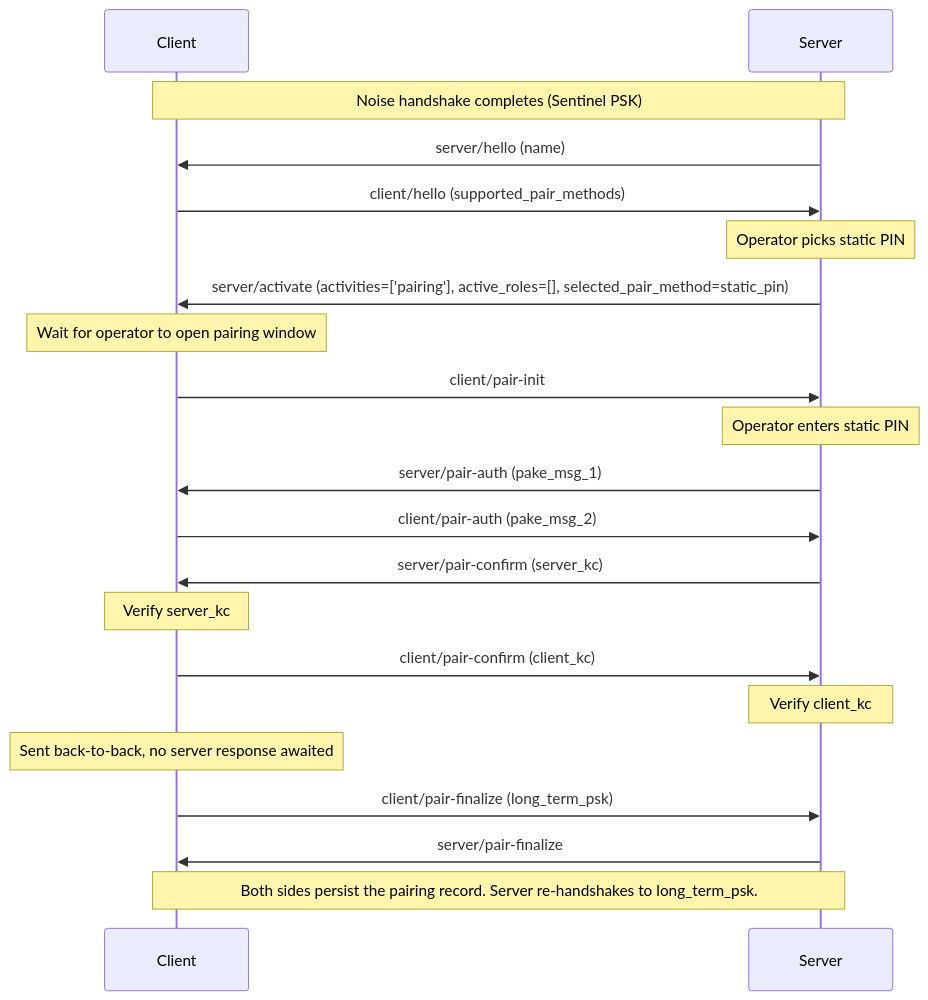
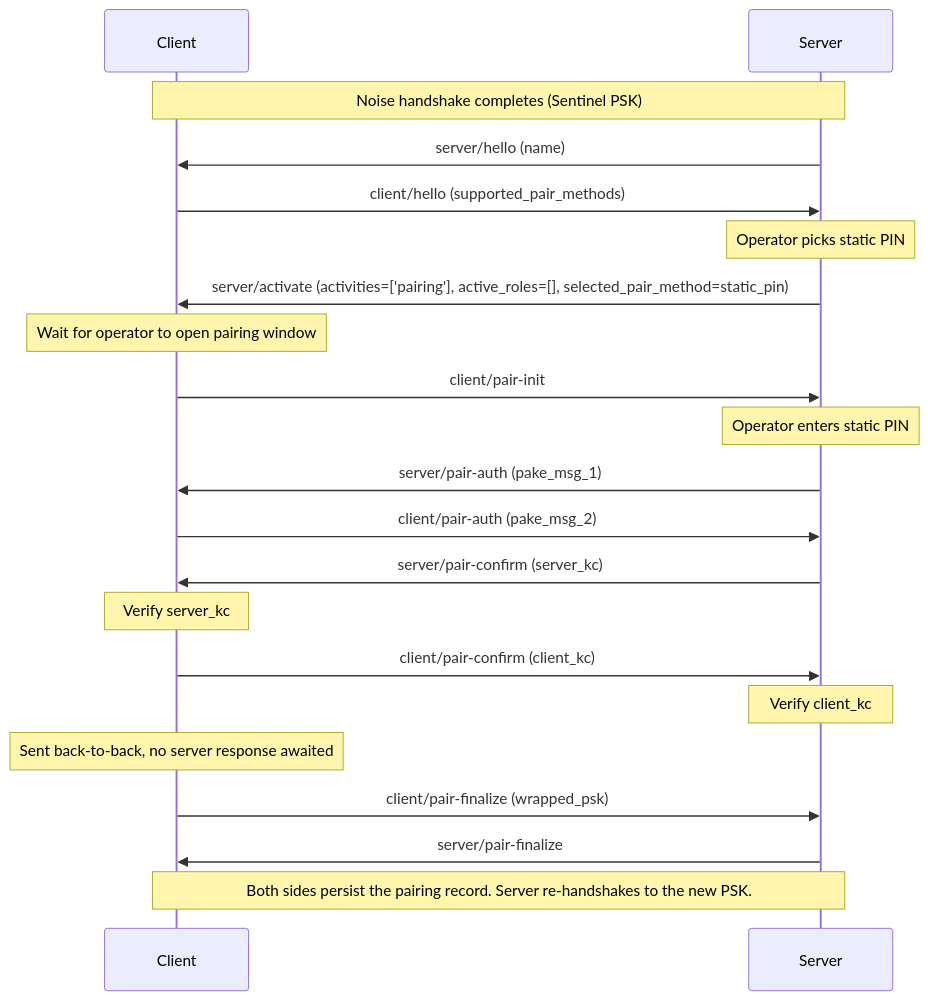
The fourth of 4 diagrams in README.md (Resonate-Protocol/spec), drawn with Mermaid before and after one commit. The commit also changed other lines of this file, not shown here.

First line of the commit message:
Wrap PSK under CPace output (#117)

````diff
--- a/README.md
+++ b/README.md
@@ -839,25 +839,25 @@
 ```mermaid
 sequenceDiagram
     participant Client
     participant Server
 
     Note over Client,Server: Noise handshake completes (Sentinel PSK)
 
     Server->>Client: server/hello (name)
     Client->>Server: client/hello (supported_pair_methods)
     Note over Server: Operator picks static PIN
     Server->>Client: server/activate (activities=['pairing'], active_roles=[], selected_pair_method=static_pin)
     Note over Client: Wait for operator to open pairing window
     Client->>Server: client/pair-init
     Note over Server: Operator enters static PIN
     Server->>Client: server/pair-auth (pake_msg_1)
     Client->>Server: client/pair-auth (pake_msg_2)
     Server->>Client: server/pair-confirm (server_kc)
     Note over Client: Verify server_kc
     Client->>Server: client/pair-confirm (client_kc)
     Note over Server: Verify client_kc
     Note over Client: Sent back-to-back, no server response awaited
-    Client->>Server: client/pair-finalize (long_term_psk)
+    Client->>Server: client/pair-finalize (wrapped_psk)
     Server->>Client: server/pair-finalize
-    Note over Client,Server: Both sides persist the pairing record. Server re-handshakes to long_term_psk.
+    Note over Client,Server: Both sides persist the pairing record. Server re-handshakes to the new PSK.
 ```
````
